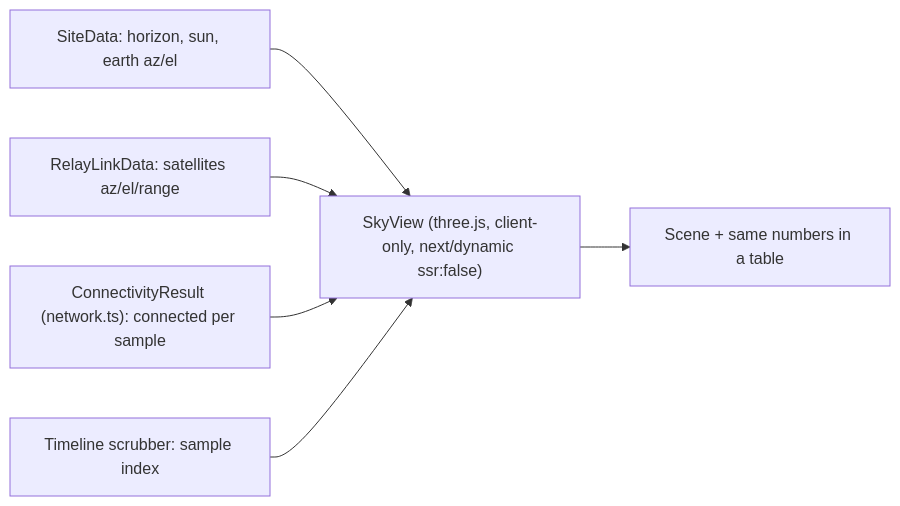
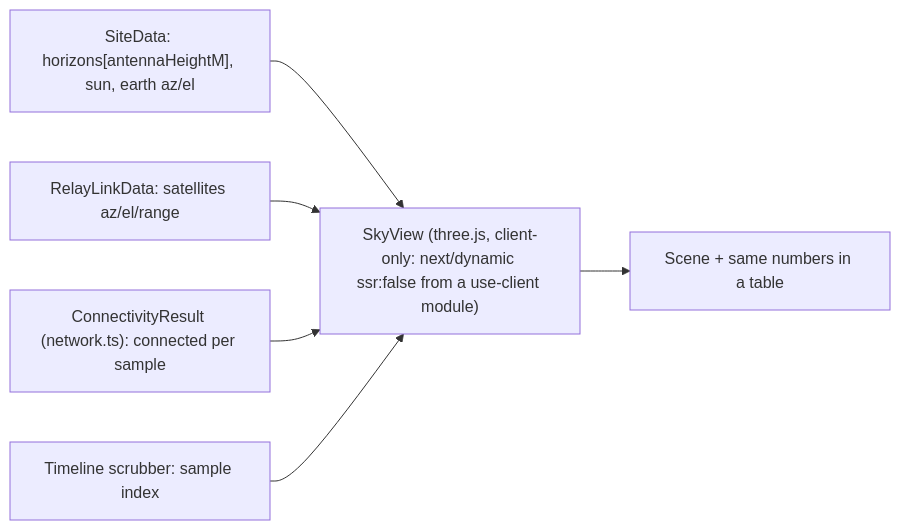
The seventh of 7 diagrams in docs/architecture.md (Vathys/space-apps-2026), drawn with Mermaid before and after one commit. The commit also changed other lines of this file and 3 other files, not shown here.

Commit message:
chore(docs): address review of #34 (horizon per antenna height + mask ring, complete-path link colours, hero vs P2, ssr:false wording, axis mapping, D-21 status)

````diff
--- a/docs/architecture.md
+++ b/docs/architecture.md
@@ -199,8 +199,8 @@
 ```mermaid
 flowchart LR
-  SD["SiteData: horizon, sun, earth az/el"] --> SV
+  SD["SiteData: horizons[antennaHeightM], sun, earth az/el"] --> SV
   RD["RelayLinkData: satellites az/el/range"] --> SV
   CR["ConnectivityResult (network.ts): connected per sample"] --> SV
   TS["Timeline scrubber: sample index"] --> SV
-  SV["SkyView (three.js, client-only, next/dynamic ssr:false)"] --> OUT["Scene + same numbers in a table"]
+  SV["SkyView (three.js, client-only: next/dynamic ssr:false from a use-client module)"] --> OUT["Scene + same numbers in a table"]
 ```
````
